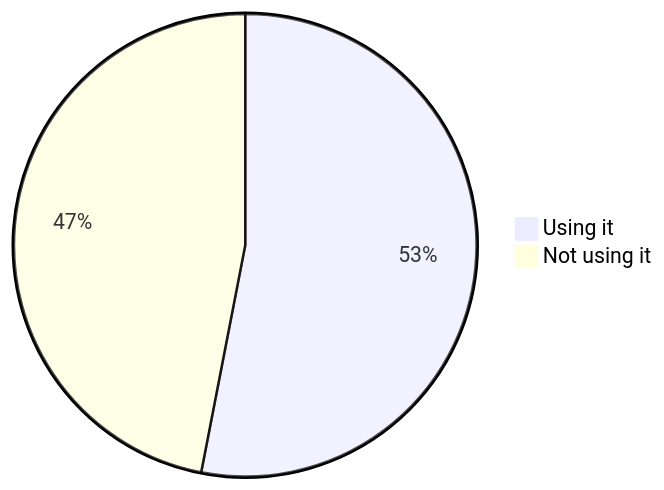
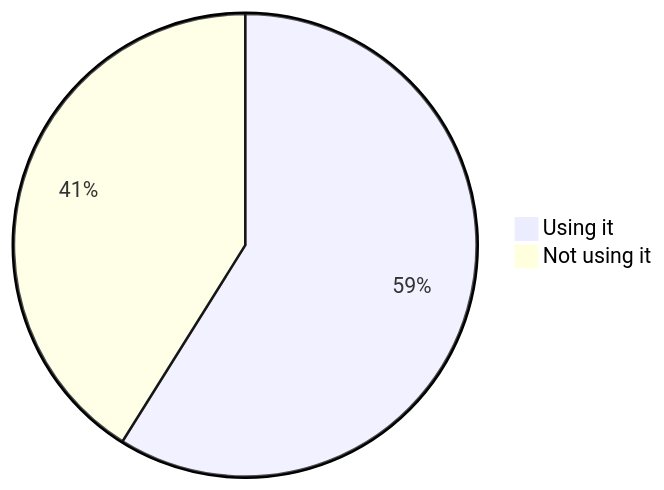
One commit to oshp/oshp-stats changed the second of 22 diagrams in stats.md. Above: the diagram before and after it, drawn with Mermaid. The commit also changed other lines of this file, not shown here.

````diff
--- a/stats.md
+++ b/stats.md
@@ -22,6 +22,6 @@
 ```mermaid
 pie
-	"Using it" : 53.05
-	"Not using it" : 46.95
+	"Using it" : 58.9
+	"Not using it" : 41.1
 
 ```
````
